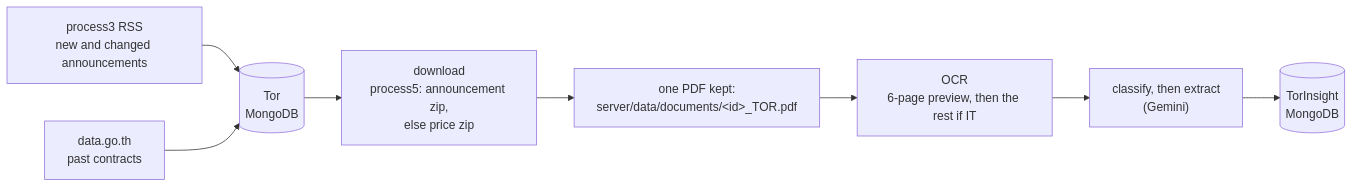
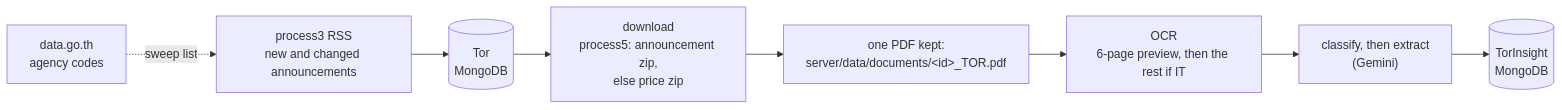
The diagram in docs/data-sources/data_flow_architecture.md (PapuBallkub/csp-mjolnir), drawn with Mermaid before and after one commit. The commit also changed other lines of this file and 8 other files, not shown here.

````diff
--- a/docs/data-sources/data_flow_architecture.md
+++ b/docs/data-sources/data_flow_architecture.md
@@ -20,10 +19,10 @@
 ```mermaid
 flowchart LR
     RSS["process3 RSS<br/>new and changed announcements"] --> TOR[("Tor<br/>MongoDB")]
-    DGO["data.go.th<br/>past contracts"] --> TOR
+    DGO["data.go.th<br/>agency codes"] -. sweep list .-> RSS
     TOR --> DL["download<br/>process5: announcement zip,<br/>else price zip"]
     DL --> PDF["one PDF kept:<br/>server/data/documents/&lt;id&gt;_TOR.pdf"]
     PDF --> OCR["OCR<br/>6-page preview, then the rest if IT"]
     OCR --> AI["classify, then extract<br/>(Gemini)"]
     AI --> INS[("TorInsight<br/>MongoDB")]
 ```
````
